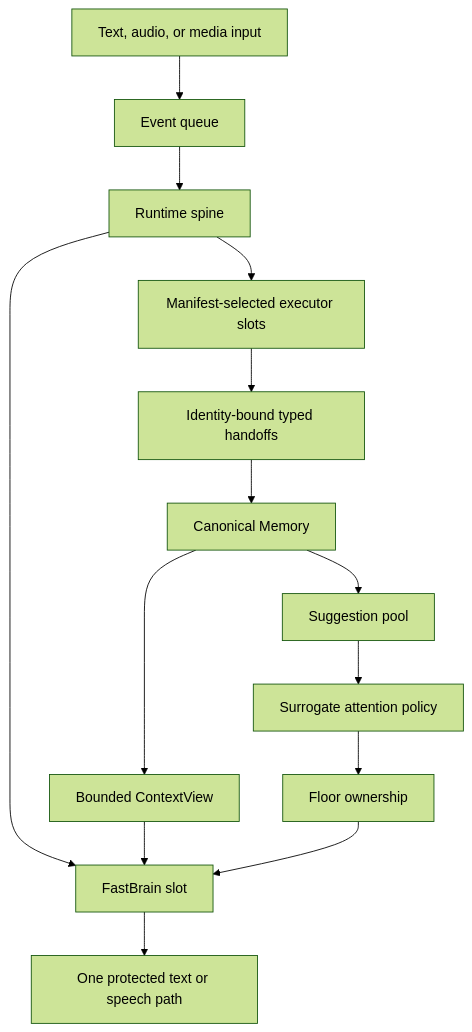
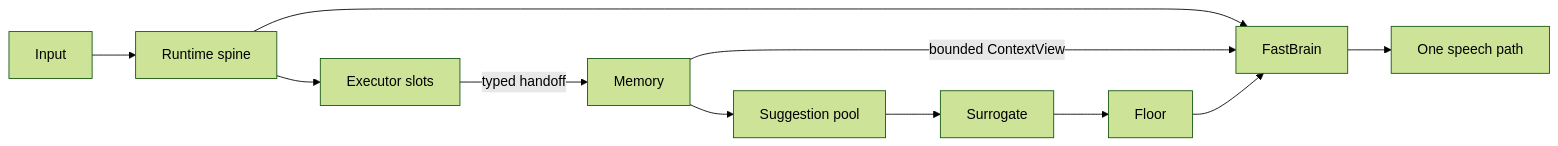
One commit to deepnovacore/NovaAudioAgent changed the diagram in README.md. Above: the diagram before and after it, drawn with Mermaid (forest theme). The commit also changed other lines of this file and 7 other files, not shown here.

````diff
--- a/README.md
+++ b/README.md
@@ -86,20 +85,10 @@
 ```mermaid
-flowchart TB
-  IN["Text, audio, or media input"] --> QUEUE["Event queue"]
-  QUEUE --> SPINE["Runtime spine"]
-
-  SPINE --> FAST["FastBrain slot"]
-  SPINE --> EXEC["Manifest-selected executor slots"]
-  EXEC --> HANDOFF["Identity-bound typed handoffs"]
-  HANDOFF --> MEMORY["Canonical Memory"]
-
-  MEMORY --> VIEW["Bounded ContextView"]
-  VIEW --> FAST
-
-  MEMORY --> POOL["Suggestion pool"]
-  POOL --> SURROGATE["Surrogate attention policy"]
-  SURROGATE --> FLOOR["Floor ownership"]
-  FLOOR --> FAST
-
-  FAST --> OUT["One protected text or speech path"]
+flowchart LR
+  IN["Input"] --> SPINE["Runtime spine"]
+  SPINE --> FAST["FastBrain"]
+  SPINE --> EXEC["Executor slots"]
+  EXEC -- "typed handoff" --> MEM["Memory"]
+  MEM -- "bounded ContextView" --> FAST
+  MEM --> POOL["Suggestion pool"] --> SUR["Surrogate"] --> FLOOR["Floor"] --> FAST
+  FAST --> OUT["One speech path"]
 ```
````
